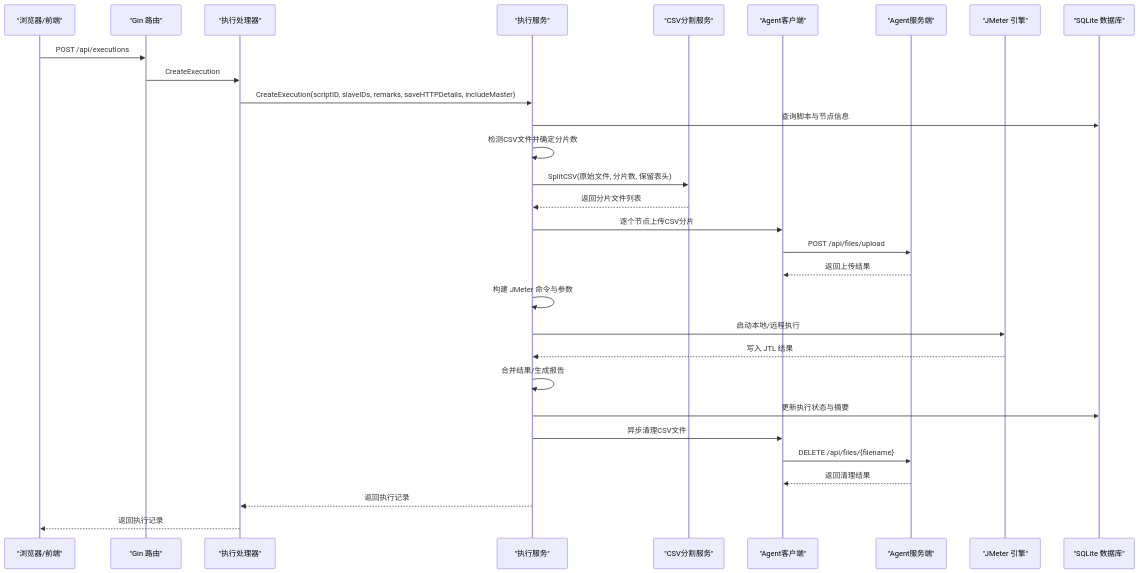
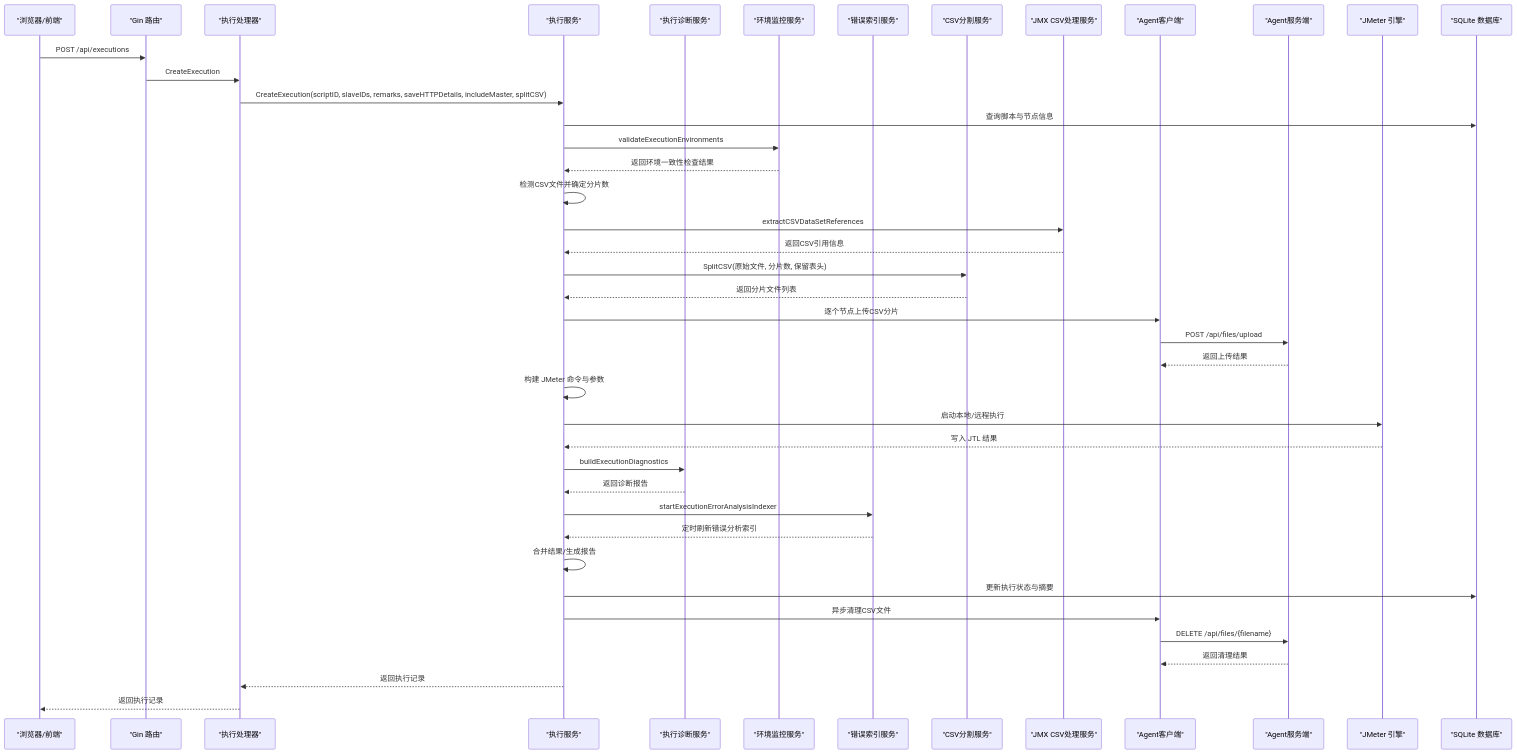
One commit to Liyuhao02/Jmeter-Admin changed the second of 13 diagrams in .qoder/repowiki/zh/content/核心业务模块/执行管理系统/执行管理系统.md. Above: the diagram before and after it, drawn with Mermaid. The commit also changed other lines of this file and 7 other files, not shown here.

````diff
--- a/.qoder/repowiki/zh/content/核心业务模块/执行管理系统/执行管理系统.md
+++ b/.qoder/repowiki/zh/content/核心业务模块/执行管理系统/执行管理系统.md
@@ -145,32 +172,44 @@
 ```mermaid
 sequenceDiagram
 participant Client as "浏览器/前端"
 participant Router as "Gin 路由"
 participant Handler as "执行处理器"
 participant Service as "执行服务"
+participant DiagService as "执行诊断服务"
+participant EnvService as "环境监控服务"
+participant ErrorIdx as "错误索引服务"
 participant CSVService as "CSV分割服务"
+participant JMXCSVService as "JMX CSV处理服务"
 participant AgentClient as "Agent客户端"
 participant AgentServer as "Agent服务端"
 participant JMeter as "JMeter 引擎"
 participant DB as "SQLite 数据库"
 Client->>Router : POST /api/executions
 Router->>Handler : CreateExecution
-Handler->>Service : CreateExecution(scriptID, slaveIDs, remarks, saveHTTPDetails, includeMaster)
+Handler->>Service : CreateExecution(scriptID, slaveIDs, remarks, saveHTTPDetails, includeMaster, splitCSV)
 Service->>DB : 查询脚本与节点信息
+Service->>EnvService : validateExecutionEnvironments
+EnvService-->>Service : 返回环境一致性检查结果
 Service->>Service : 检测CSV文件并确定分片数
+Service->>JMXCSVService : extractCSVDataSetReferences
+JMXCSVService-->>Service : 返回CSV引用信息
 Service->>CSVService : SplitCSV(原始文件, 分片数, 保留表头)
 CSVService-->>Service : 返回分片文件列表
 Service->>AgentClient : 逐个节点上传CSV分片
 AgentClient->>AgentServer : POST /api/files/upload
 AgentServer-->>AgentClient : 返回上传结果
 Service->>Service : 构建 JMeter 命令与参数
 Service->>JMeter : 启动本地/远程执行
 JMeter-->>Service : 写入 JTL 结果
+Service->>DiagService : buildExecutionDiagnostics
+DiagService-->>Service : 返回诊断报告
+Service->>ErrorIdx : startExecutionErrorAnalysisIndexer
+ErrorIdx-->>Service : 定时刷新错误分析索引
 Service->>Service : 合并结果/生成报告
 Service->>DB : 更新执行状态与摘要
 Service->>AgentClient : 异步清理CSV文件
 AgentClient->>AgentServer : DELETE /api/files/{filename}
 AgentServer-->>AgentClient : 返回清理结果
 Service-->>Handler : 返回执行记录
 Handler-->>Client : 返回执行记录
 ```
````
